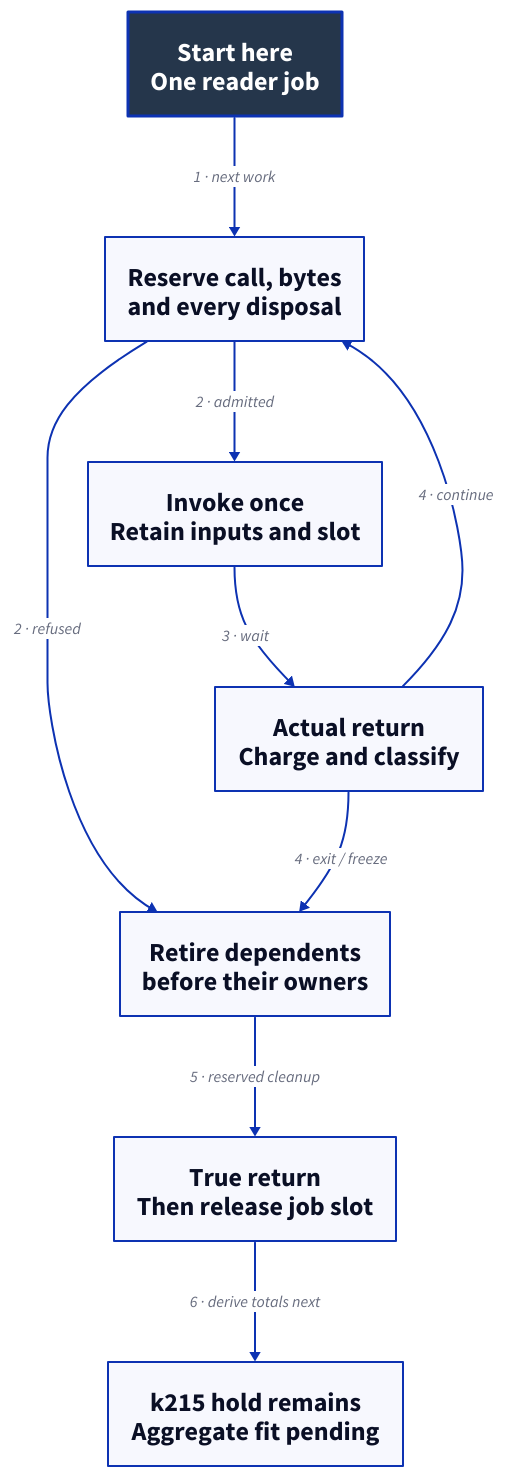
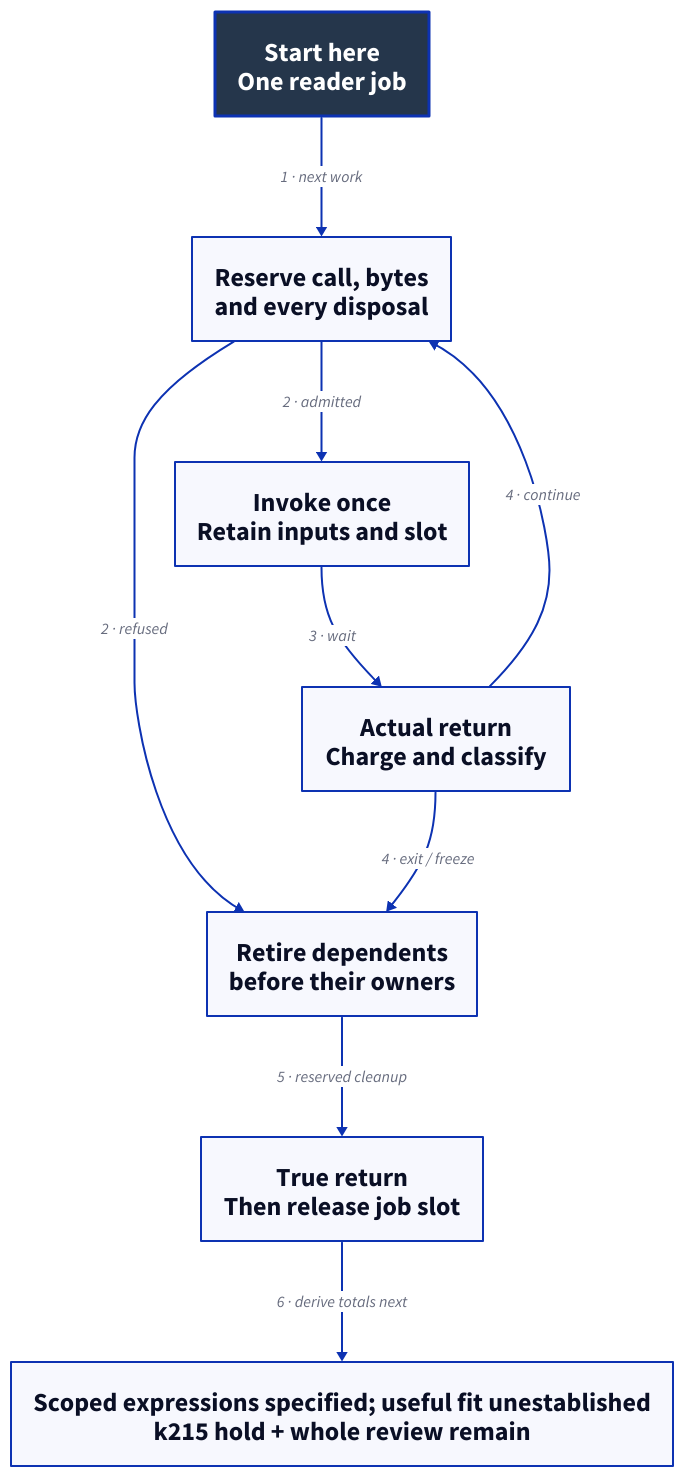
One commit to Linkuistics/Koine changed the diagram in docs/design/architecture/native-metadata-operation-ledger.d2. Above: the diagram before and after it, drawn with D2. The commit also changed 141 other files, not shown here.

```diff
--- a/docs/design/architecture/native-metadata-operation-ledger.d2
+++ b/docs/design/architecture/native-metadata-operation-ledger.d2
@@ -1,21 +1,21 @@
 # Ownership/activity view; concrete trace protocol, not a completed cost certificate.
 direction: down
 classes: {
   start: {style: {fill: "#25364B"; font-color: "#FFFFFF"; bold: true; stroke-width: 3}}
 }
 *.style.font-size: 26
 Start: "Start here\nOne reader job" {class: start}
 Admit: "Reserve call, bytes\nand every disposal"
 Invoke: "Invoke once\nRetain inputs and slot"
 Return: "Actual return\nCharge and classify"
 Unwind: "Retire dependents\nbefore their owners"
 Slot: "True return\nThen release job slot"
-Hold: "k215 hold remains\nAggregate fit pending"
+Hold: "Scoped expressions specified; useful fit unestablished\nk215 hold + whole review remain"
 Start -> Admit: "1 · next work"
 Admit -> Invoke: "2 · admitted"
 Admit -> Unwind: "2 · refused"
 Invoke -> Return: "3 · wait"
 Return -> Admit: "4 · continue"
 Return -> Unwind: "4 · exit / freeze"
 Unwind -> Slot: "5 · reserved cleanup"
 Slot -> Hold: "6 · derive totals next"
```
